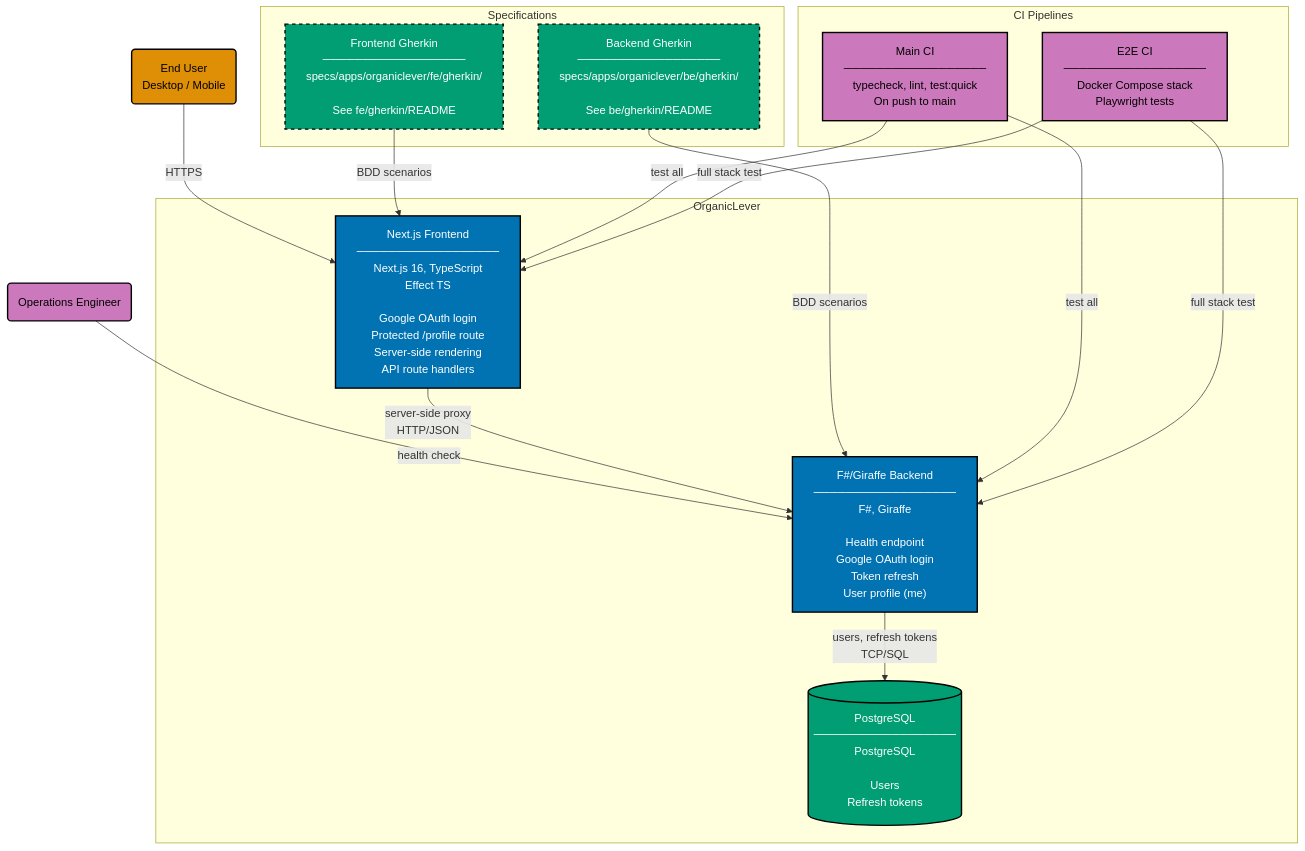
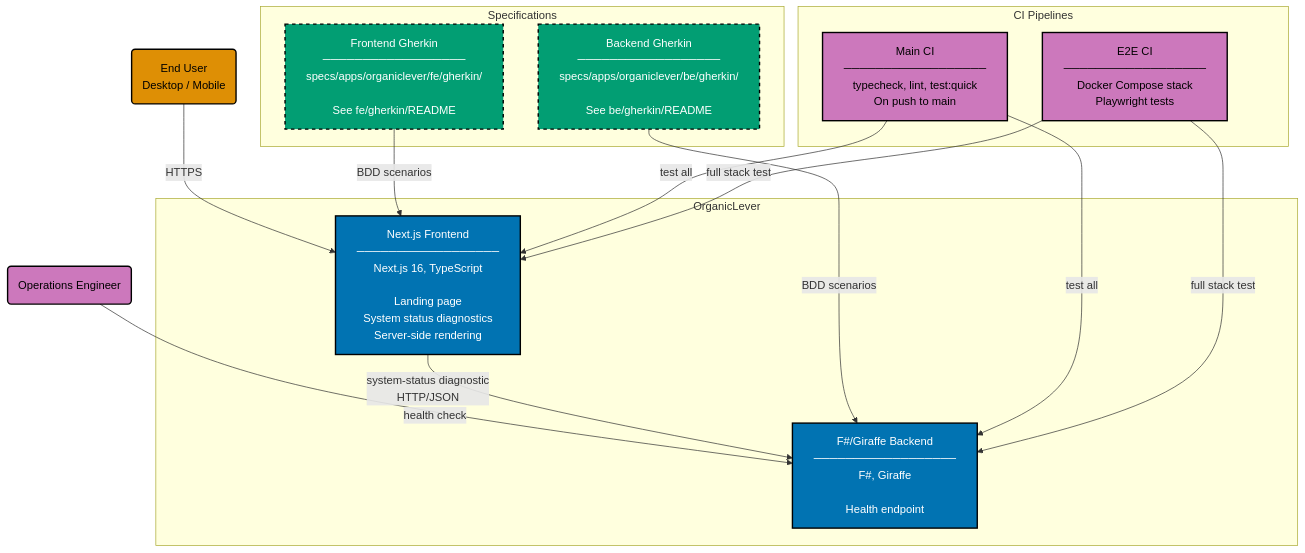
The diagram in specs/apps/organiclever/c4/container.md (wahidyankf/open-sharia-enterprise), drawn with Mermaid before and after one commit. The commit also changed other lines of this file and 4 other files, not shown here.

First line of the commit message:
docs(organiclever-c4): strip auth components from container, context, and component diagrams

````diff
--- a/specs/apps/organiclever/c4/container.md
+++ b/specs/apps/organiclever/c4/container.md
@@ -10,49 +12,44 @@
 ```mermaid
 %% Color Palette: Blue #0173B2 | Orange #DE8F05 | Teal #029E73 | Purple #CC78BC | Brown #CA9161 | Gray #808080
 graph TD
     EU("End User<br/>Desktop / Mobile"):::actor
     OPS("Operations Engineer"):::actor_ops
 
     subgraph SYSTEM["OrganicLever"]
-        FE["Next.js Frontend<br/>──────────────────<br/>Next.js 16, TypeScript<br/>Effect TS<br/><br/>Google OAuth login<br/>Protected /profile route<br/>Server-side rendering<br/>API route handlers"]:::container_fe
+        FE["Next.js Frontend<br/>──────────────────<br/>Next.js 16, TypeScript<br/><br/>Landing page<br/>System status diagnostics<br/>Server-side rendering"]:::container_fe
 
-        BE["F#/Giraffe Backend<br/>──────────────────<br/>F#, Giraffe<br/><br/>Health endpoint<br/>Google OAuth login<br/>Token refresh<br/>User profile (me)"]:::container_be
-
-        DB[("PostgreSQL<br/>──────────────────<br/>PostgreSQL<br/><br/>Users<br/>Refresh tokens")]:::datastore
+        BE["F#/Giraffe Backend<br/>──────────────────<br/>F#, Giraffe<br/><br/>Health endpoint"]:::container_be
     end
 
     subgraph SPECS["Specifications"]
         BE_GHERKIN["Backend Gherkin<br/>──────────────────<br/>specs/apps/organiclever/be/gherkin/<br/><br/>See be/gherkin/README"]:::spec
 
         FE_GHERKIN["Frontend Gherkin<br/>──────────────────<br/>specs/apps/organiclever/fe/gherkin/<br/><br/>See fe/gherkin/README"]:::spec
     end
 
     subgraph CICD["CI Pipelines"]
         MAIN_CI["Main CI<br/>──────────────────<br/>typecheck, lint, test:quick<br/>On push to main"]:::ci
 
         E2E_CI["E2E CI<br/>──────────────────<br/>Docker Compose stack<br/>Playwright tests"]:::ci
     end
 
     EU -->|"HTTPS"| FE
     OPS -->|"health check"| BE
 
-    FE -->|"server-side proxy<br/>HTTP/JSON"| BE
-
-    BE -->|"users, refresh tokens<br/>TCP/SQL"| DB
+    FE -->|"system-status diagnostic<br/>HTTP/JSON"| BE
 
     BE_GHERKIN -->|"BDD scenarios"| BE
     FE_GHERKIN -->|"BDD scenarios"| FE
 
     MAIN_CI -->|"test all"| BE
     MAIN_CI -->|"test all"| FE
     E2E_CI -->|"full stack test"| BE
     E2E_CI -->|"full stack test"| FE
 
     classDef actor fill:#DE8F05,stroke:#000000,color:#000000,stroke-width:2px
     classDef actor_ops fill:#CC78BC,stroke:#000000,color:#000000,stroke-width:2px
     classDef container_fe fill:#0173B2,stroke:#000000,color:#FFFFFF,stroke-width:2px
     classDef container_be fill:#0173B2,stroke:#000000,color:#FFFFFF,stroke-width:2px
-    classDef datastore fill:#029E73,stroke:#000000,color:#FFFFFF,stroke-width:2px
     classDef spec fill:#029E73,stroke:#000000,color:#FFFFFF,stroke-width:2px,stroke-dasharray:5 5
     classDef ci fill:#CC78BC,stroke:#000000,color:#000000,stroke-width:2px
 ```
````
